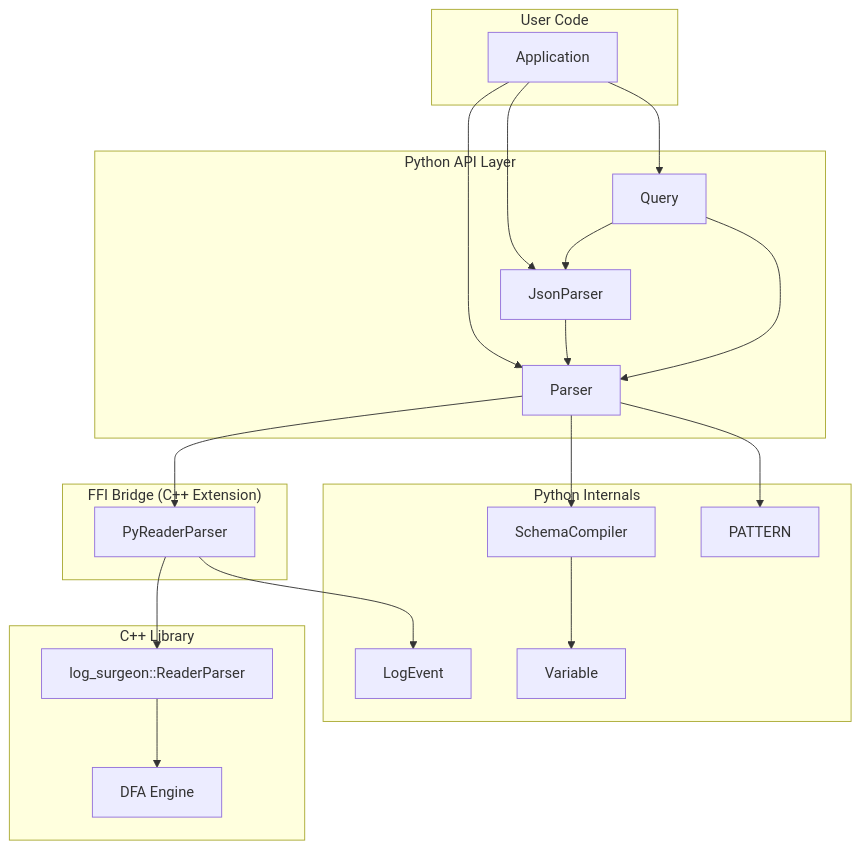
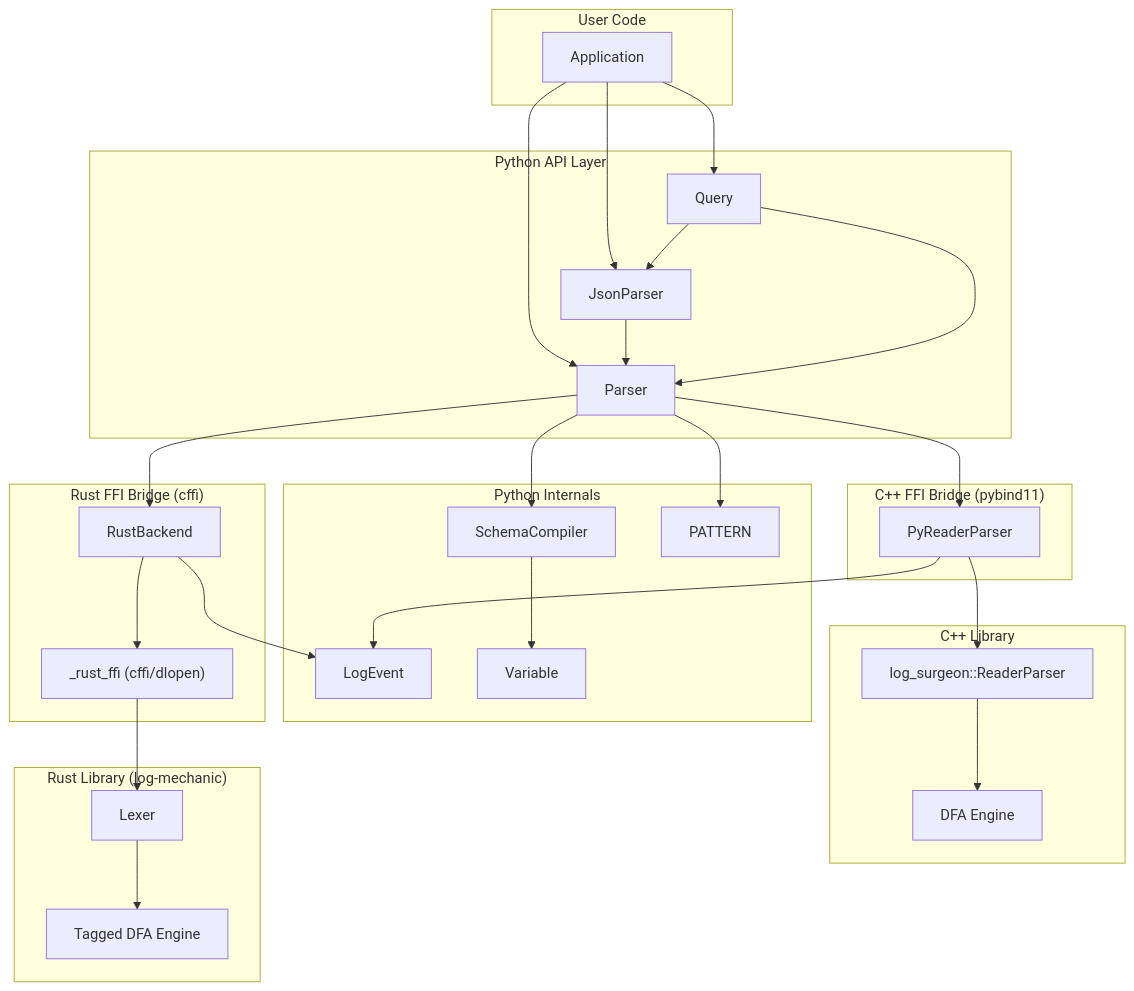
The first of 2 diagrams in docs/architecture.md (y-scope/log-surgeon-ffi-py), drawn with Mermaid before and after one commit. The commit also changed other lines of this file and 6 other files, not shown here.

First line of the commit message:
docs: update documentation for Rust backend and build changes

````diff
--- a/docs/architecture.md
+++ b/docs/architecture.md
@@ -9,46 +9,62 @@
 ```mermaid
 flowchart TB
     subgraph UserCode["User Code"]
         App["Application"]
     end
 
     subgraph PythonAPI["Python API Layer"]
         Parser["Parser"]
         JsonParser["JsonParser"]
         Query["Query"]
     end
 
     subgraph PythonInternal["Python Internals"]
         SchemaCompiler["SchemaCompiler"]
         LogEvent["LogEvent"]
         PATTERN["PATTERN"]
         Variable["Variable"]
     end
 
-    subgraph FFI["FFI Bridge (C++ Extension)"]
+    subgraph CppFFI["C++ FFI Bridge (pybind11)"]
         PyReaderParser["PyReaderParser"]
     end
 
     subgraph CPP["C++ Library"]
-        ReaderParser["log_surgeon::ReaderParser"]
-        DFA["DFA Engine"]
+        CppReaderParser["log_surgeon::ReaderParser"]
+        CppDFA["DFA Engine"]
+    end
+
+    subgraph RustFFI["Rust FFI Bridge (cffi)"]
+        RustBackend["RustBackend"]
+        RustFFIBindings["_rust_ffi (cffi/dlopen)"]
+    end
+
+    subgraph Rust["Rust Library (log-mechanic)"]
+        RustLexer["Lexer"]
+        RustDFA["Tagged DFA Engine"]
     end
 
     App --> Parser
     App --> JsonParser
     App --> Query
 
     Parser --> SchemaCompiler
     Parser --> PyReaderParser
+    Parser --> RustBackend
     Parser --> PATTERN
     SchemaCompiler --> Variable
 
     JsonParser --> Parser
 
     Query --> Parser
     Query --> JsonParser
 
     PyReaderParser --> LogEvent
-    PyReaderParser --> ReaderParser
-    ReaderParser --> DFA
+    PyReaderParser --> CppReaderParser
+    CppReaderParser --> CppDFA
+
+    RustBackend --> LogEvent
+    RustBackend --> RustFFIBindings
+    RustFFIBindings --> RustLexer
+    RustLexer --> RustDFA
 ```
````
